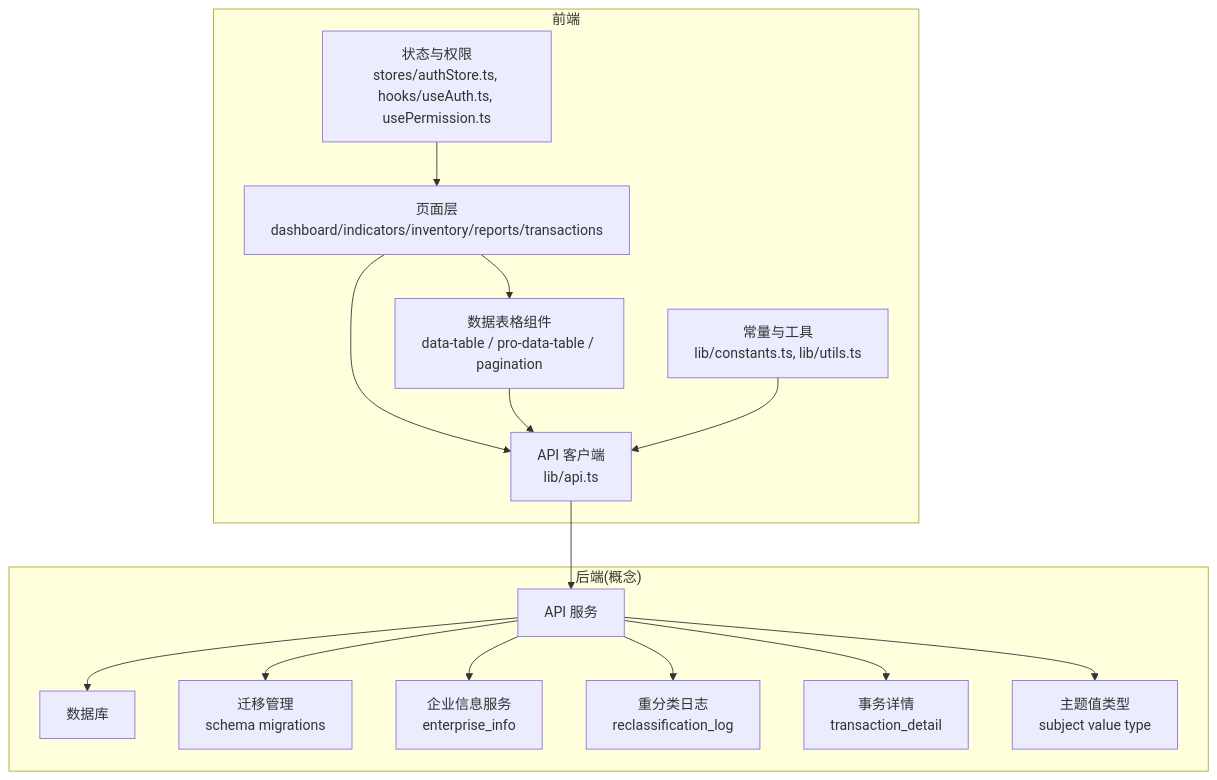
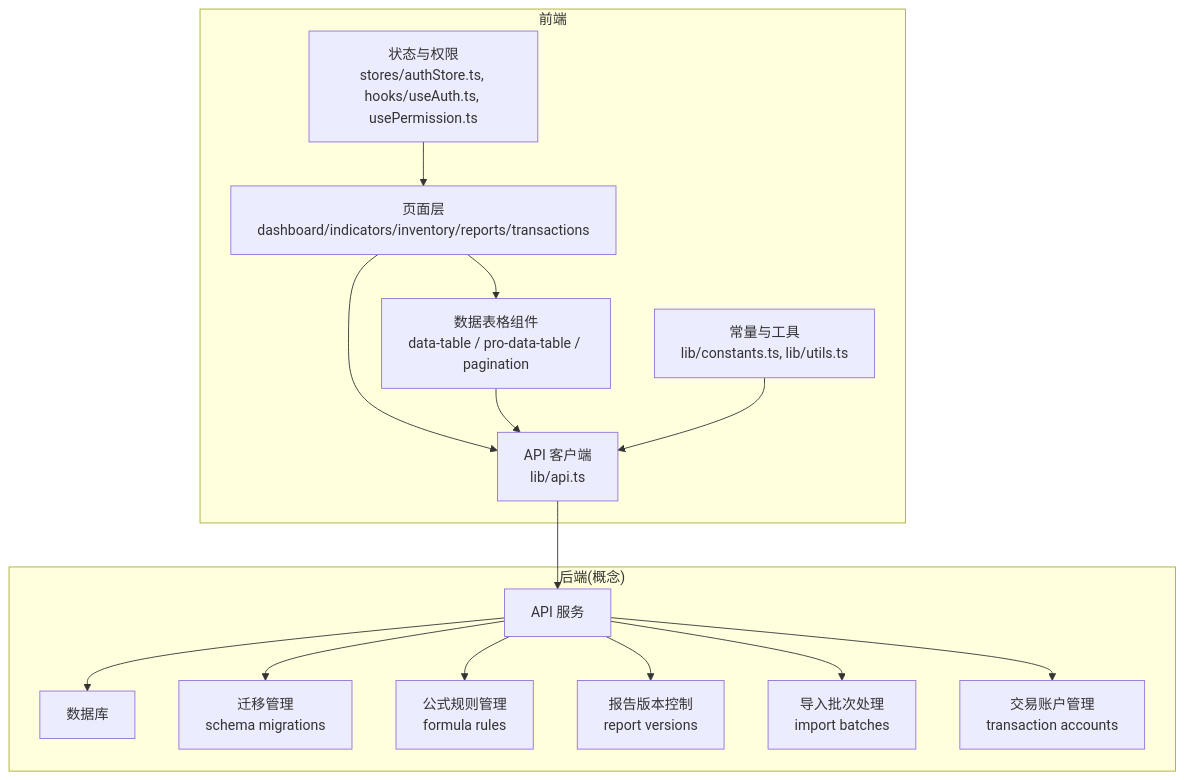
Before and after one commit to Damao997/newproject: the first of 6 diagrams in .qoder/repowiki/zh/content/架构设计/数据库架构设计.md, drawn with Mermaid. The commit also changed other lines of this file and 30 other files, not shown here.

````diff
--- a/.qoder/repowiki/zh/content/架构设计/数据库架构设计.md
+++ b/.qoder/repowiki/zh/content/架构设计/数据库架构设计.md
@@ -69,31 +68,31 @@
 ```mermaid
 graph TB
 subgraph "前端"
 A["页面层<br/>dashboard/indicators/inventory/reports/transactions"]
 B["数据表格组件<br/>data-table / pro-data-table / pagination"]
 C["API 客户端<br/>lib/api.ts"]
 D["状态与权限<br/>stores/authStore.ts, hooks/useAuth.ts, usePermission.ts"]
 E["常量与工具<br/>lib/constants.ts, lib/utils.ts"]
 end
 subgraph "后端(概念)"
 F["API 服务"]
 G["数据库"]
 H["迁移管理<br/>schema migrations"]
-I["企业信息服务<br/>enterprise_info"]
-J["重分类日志<br/>reclassification_log"]
-K["事务详情<br/>transaction_detail"]
-L["主题值类型<br/>subject value type"]
+I["公式规则管理<br/>formula rules"]
+J["报告版本控制<br/>report versions"]
+K["导入批次处理<br/>import batches"]
+L["交易账户管理<br/>transaction accounts"]
 end
 A --> B
 A --> C
 B --> C
 C --> F
 F --> G
 F --> H
 F --> I
 F --> J
 F --> K
 F --> L
 D --> A
 E --> C
 ```
````
